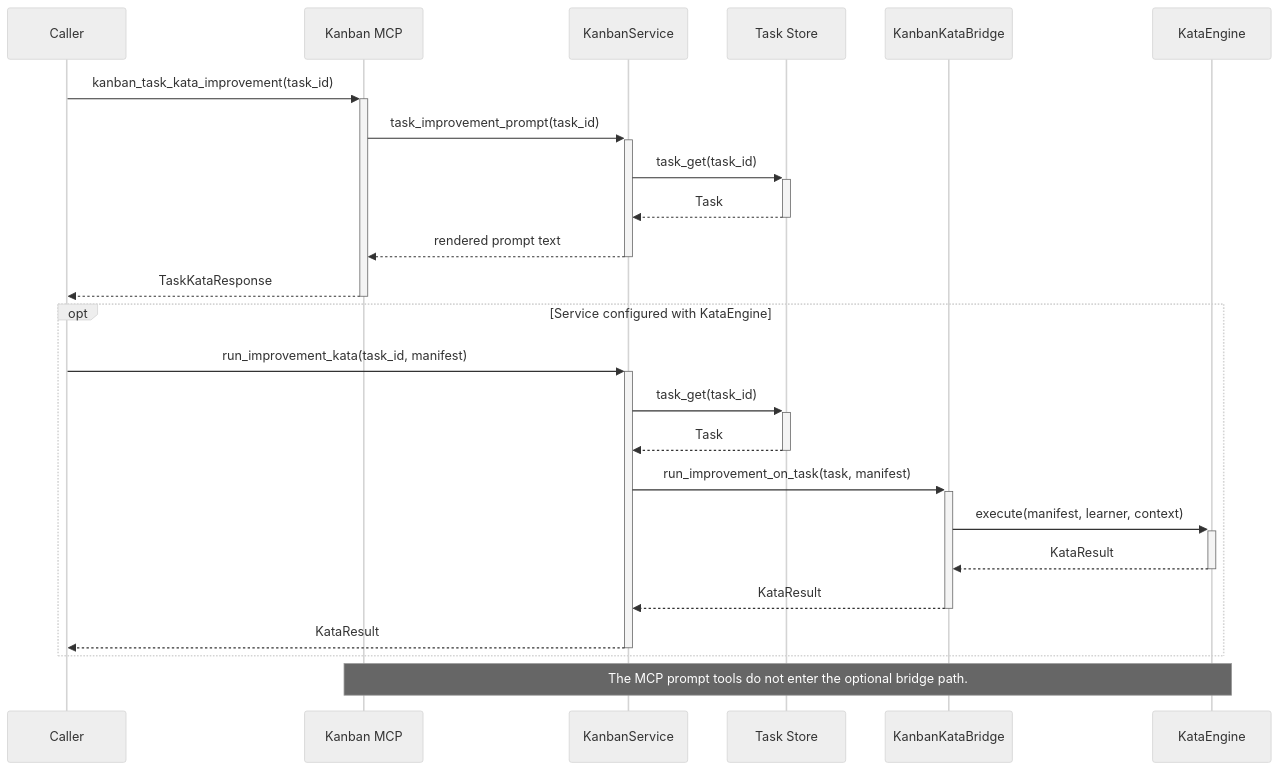
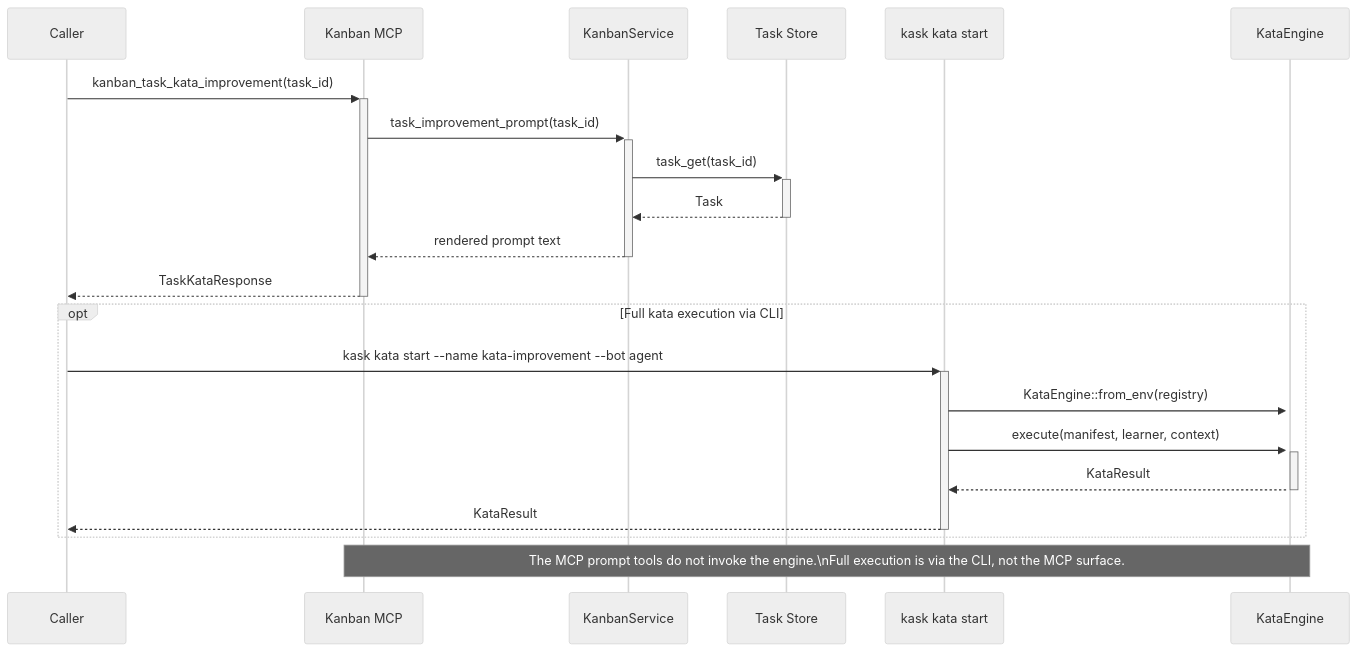
The second of 2 diagrams in docs/how-to/skills-and-composition.md (mdz-axo/hKask), drawn with Mermaid (neutral theme) before and after one commit. The commit also changed other lines of this file and 3 other files, not shown here.

First line of the commit message:
Document CLI kata execution path

````diff
--- a/docs/how-to/skills-and-composition.md
+++ b/docs/how-to/skills-and-composition.md
@@ -1101,29 +1099,26 @@
 ```mermaid
 sequenceDiagram
     participant Caller
     participant MCP as Kanban MCP
     participant Service as KanbanService
     participant Task as Task Store
-    participant Bridge as KanbanKataBridge
+    participant CLI as kask kata start
     participant Engine as KataEngine
 
     Caller->>+MCP: kanban_task_kata_improvement(task_id)
     MCP->>+Service: task_improvement_prompt(task_id)
     Service->>+Task: task_get(task_id)
     Task-->>-Service: Task
     Service-->>-MCP: rendered prompt text
     MCP-->>-Caller: TaskKataResponse
 
-    opt Service configured with KataEngine
-        Caller->>+Service: run_improvement_kata(task_id, manifest)
-        Service->>+Task: task_get(task_id)
-        Task-->>-Service: Task
-        Service->>+Bridge: run_improvement_on_task(task, manifest)
-        Bridge->>+Engine: execute(manifest, learner, context)
-        Engine-->>-Bridge: KataResult
-        Bridge-->>-Service: KataResult
-        Service-->>-Caller: KataResult
+    opt Full kata execution via CLI
+        Caller->>+CLI: kask kata start --name kata-improvement --bot agent
+        CLI->>+Engine: KataEngine::from_env(registry)
+        CLI->>+Engine: execute(manifest, learner, context)
+        Engine-->>-CLI: KataResult
+        CLI-->>-Caller: KataResult
     end
 
-    Note over MCP,Engine: The MCP prompt tools do not enter the optional bridge path.
+    Note over MCP,Engine: The MCP prompt tools do not invoke the engine.\nFull execution is via the CLI, not the MCP surface.
 ```
````
